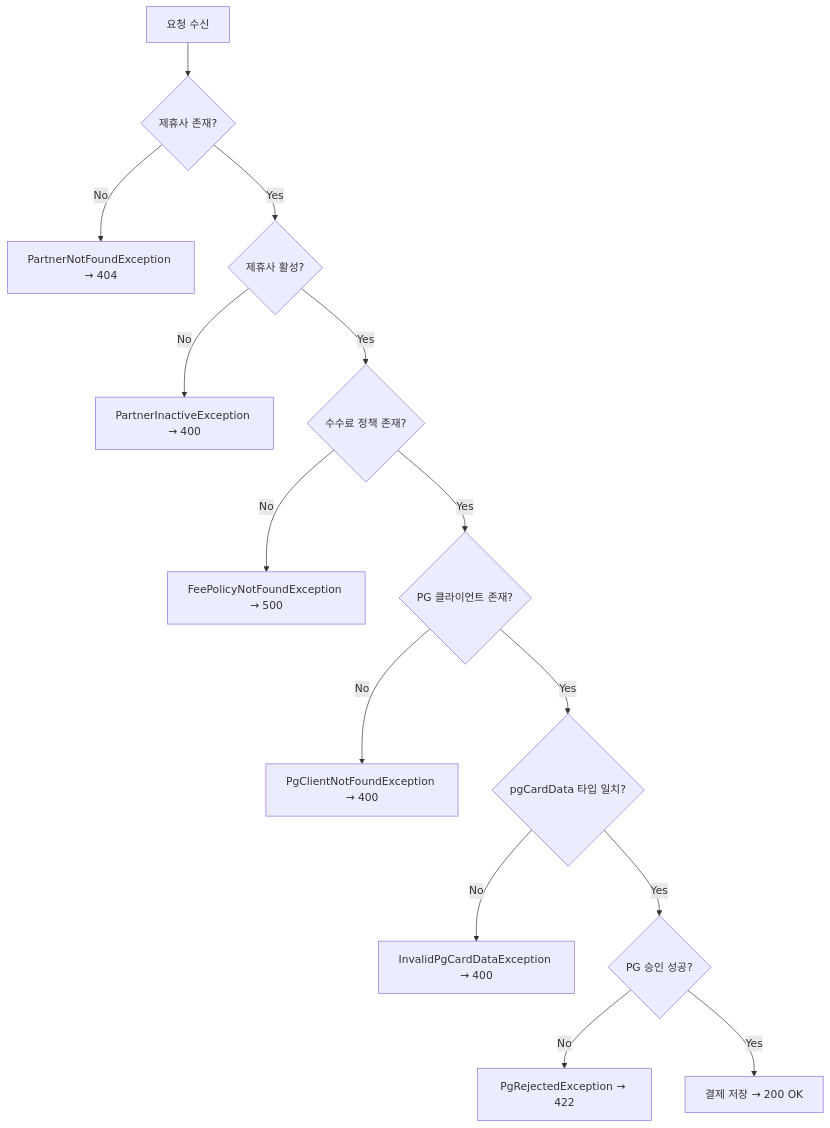
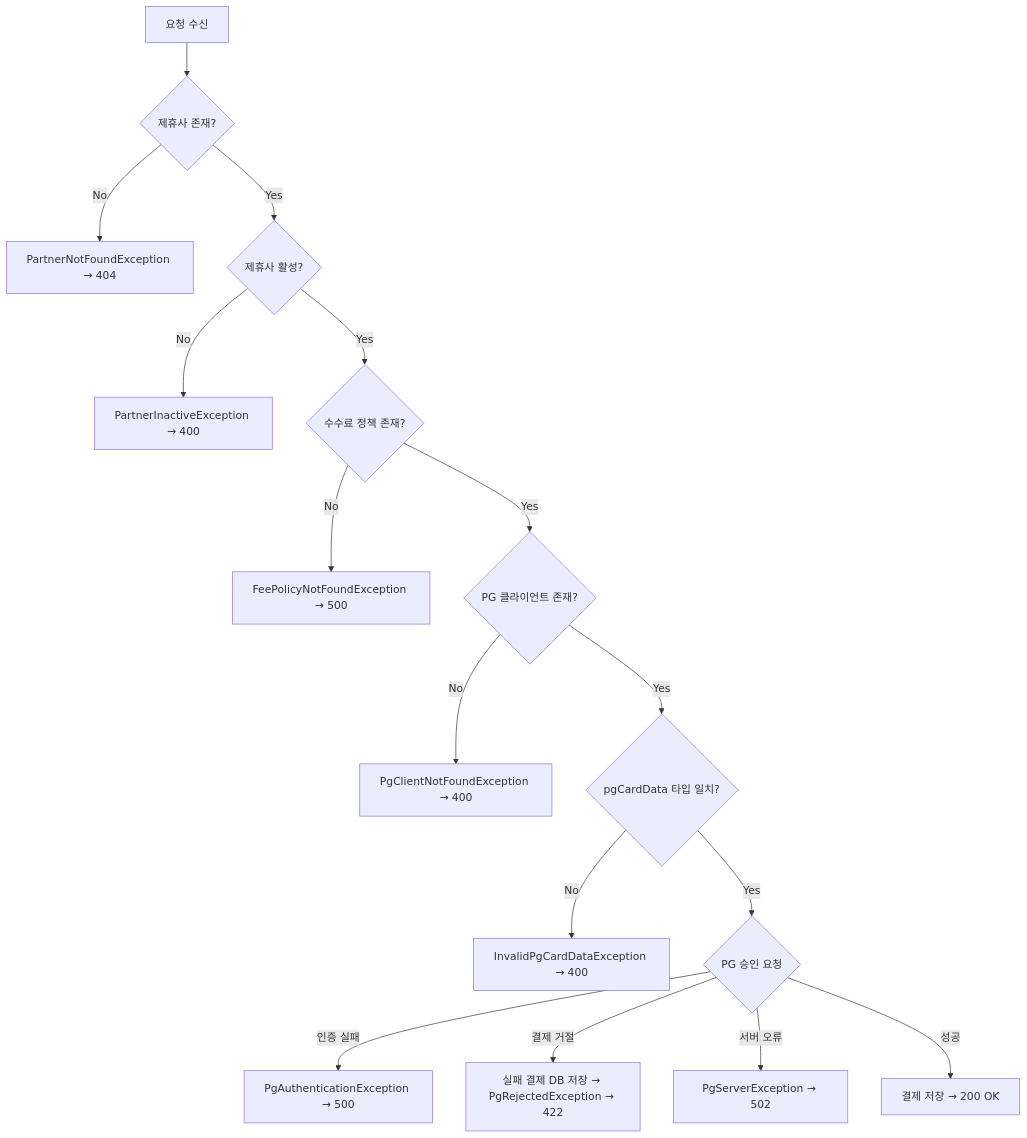
One commit to apfp77/bigs-payment-assignment changed the third of 3 diagrams in docs/payment/flow/PAYMENT_FLOW.md. Above: the diagram before and after it, drawn with Mermaid. The commit also changed other lines of this file and 1 other file, not shown here.

````diff
--- a/docs/payment/flow/PAYMENT_FLOW.md
+++ b/docs/payment/flow/PAYMENT_FLOW.md
@@ -261,16 +261,18 @@
 ```mermaid
 flowchart TD
     A[요청 수신] --> B{제휴사 존재?}
     B -->|No| C[PartnerNotFoundException → 404]
     B -->|Yes| D{제휴사 활성?}
     D -->|No| E[PartnerInactiveException → 400]
     D -->|Yes| F{수수료 정책 존재?}
     F -->|No| G[FeePolicyNotFoundException → 500]
     F -->|Yes| H{PG 클라이언트 존재?}
     H -->|No| I[PgClientNotFoundException → 400]
     H -->|Yes| J{pgCardData 타입 일치?}
     J -->|No| K[InvalidPgCardDataException → 400]
-    J -->|Yes| L{PG 승인 성공?}
-    L -->|No| M[PgRejectedException → 422]
-    L -->|Yes| N[결제 저장 → 200 OK]
+    J -->|Yes| L{PG 승인 요청}
+    L -->|인증 실패| M1[PgAuthenticationException → 500]
+    L -->|결제 거절| M2[실패 결제 DB 저장 → PgRejectedException → 422]
+    L -->|서버 오류| M3[PgServerException → 502]
+    L -->|성공| N[결제 저장 → 200 OK]
 ```
````
